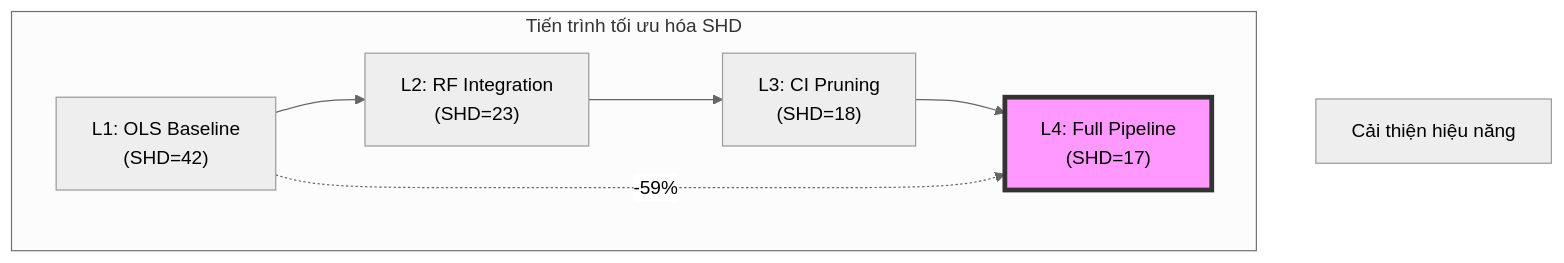
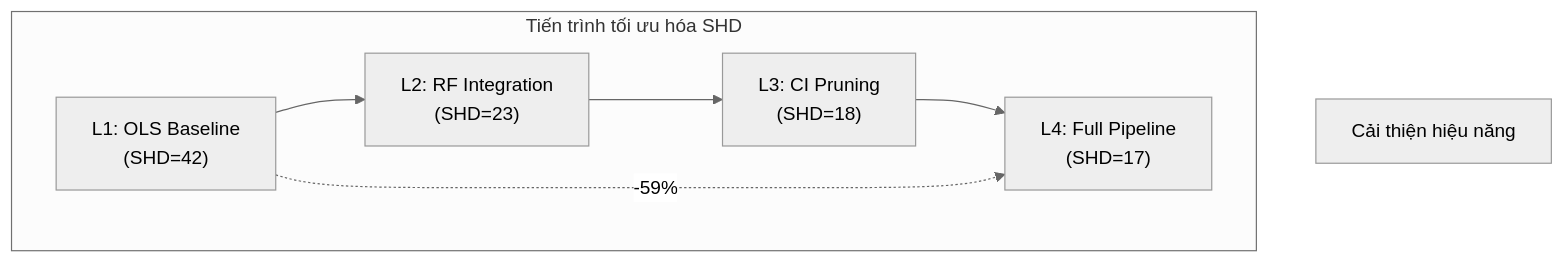
The second of 3 diagrams in docx/Chuong4_KetQuaThucNghiem.md (manhthai1706/DeepANM), drawn with Mermaid (neutral theme) before and after one commit. The commit also changed other lines of this file, not shown here.

Commit message:
docs: unify diagram node styles by removing specific highlights

````diff
--- a/docx/Chuong4_KetQuaThucNghiem.md
+++ b/docx/Chuong4_KetQuaThucNghiem.md
@@ -117,18 +117,16 @@
 ```mermaid
 graph TD
     subgraph Levels ["Tiến trình tối ưu hóa SHD"]
         L1["L1: OLS Baseline<br/>(SHD=42)"]
         L2["L2: RF Integration<br/>(SHD=23)"]
         L3["L3: CI Pruning<br/>(SHD=18)"]
         L4["L4: Full Pipeline<br/>(SHD=17)"]
         
         L1 --> L2
         L2 --> L3
         L3 --> L4
     end
     
     Improve["Cải thiện hiệu năng"]
     L1 -.->|"-59%"| L4
-    
-    style L4 fill:#f9f,stroke:#333,stroke-width:4px
 ```
````
